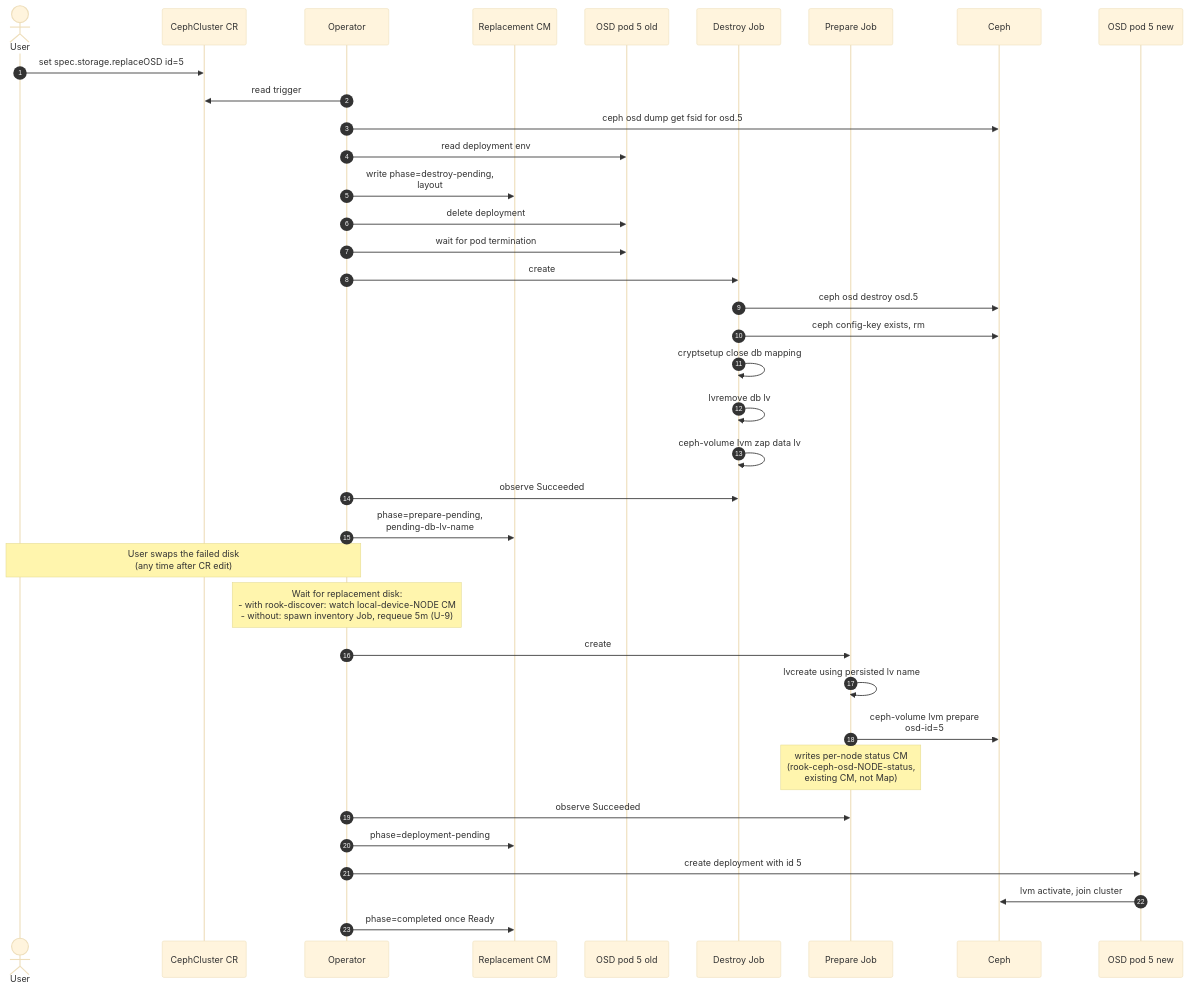
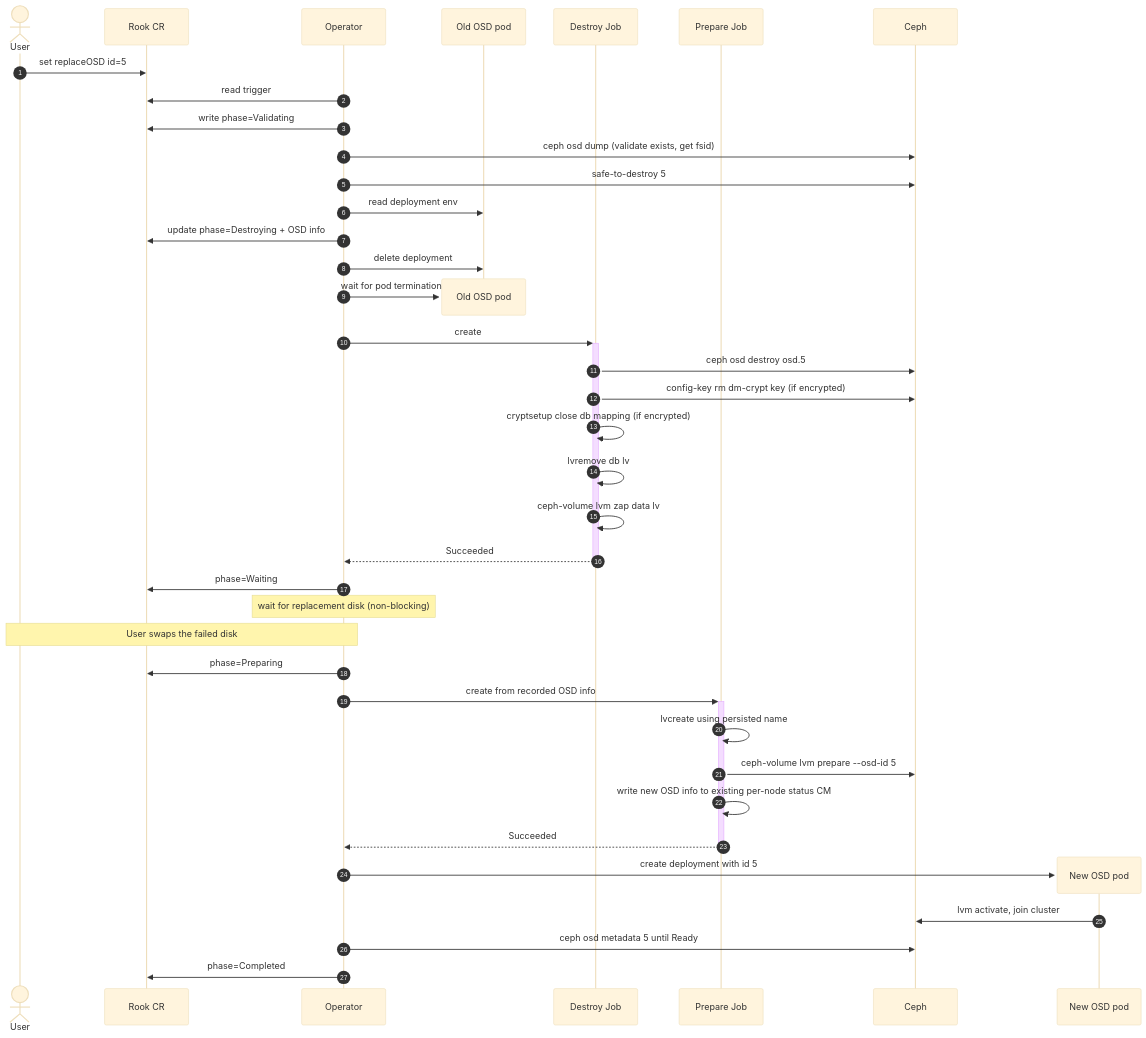
Before and after one commit to rook/rook: the diagram in osd-design.md, drawn with Mermaid (base theme). The commit also changed other lines of this file, not shown here.

Commit message:
docs: osd replacement CRD schema

````diff
--- a/osd-design.md
+++ b/osd-design.md
@@ -77,40 +70,43 @@
 ```mermaid
 sequenceDiagram
     autonumber
     actor User
-    participant CR as CephCluster CR
+    participant CR as Rook CR
     participant Op as Operator
-    participant Map as Replacement CM
-    participant OldPod as OSD pod 5 old
+    participant OldPod as Old OSD pod
     participant DJ as Destroy Job
     participant PJ as Prepare Job
     participant Ceph as Ceph
-    participant NewPod as OSD pod 5 new
 
-    User->>CR: set spec.storage.replaceOSD id=5
+    User->>CR: set replaceOSD id=5
     Op->>CR: read trigger
-    Op->>Ceph: ceph osd dump get fsid for osd.5
+    Op->>CR: write phase=Validating
+    Op->>Ceph: ceph osd dump (validate exists, get fsid)
+    Op->>Ceph: safe-to-destroy 5
     Op->>OldPod: read deployment env
-    Op->>Map: write phase=destroy-pending,<br/>layout
+    Op->>CR: update phase=Destroying + OSD info
     Op->>OldPod: delete deployment
+    destroy OldPod
     Op->>OldPod: wait for pod termination
-    Op->>DJ: create
+    Op->>+DJ: create
     DJ->>Ceph: ceph osd destroy osd.5
-    DJ->>Ceph: ceph config-key exists, rm
-    DJ->>DJ: cryptsetup close db mapping
+    DJ->>Ceph: config-key rm dm-crypt key (if encrypted)
+    DJ->>DJ: cryptsetup close db mapping (if encrypted)
     DJ->>DJ: lvremove db lv
     DJ->>DJ: ceph-volume lvm zap data lv
-    Op->>DJ: observe Succeeded
-    Op->>Map: phase=prepare-pending,<br/>pending-db-lv-name
-    Note over User,Op: User swaps the failed disk<br/>(any time after CR edit)
-    Note over Op: Wait for replacement disk:<br/>- with rook-discover: watch local-device-NODE CM<br/>- without: spawn inventory Job, requeue 5m (U-9)
-    Op->>PJ: create
-    PJ->>PJ: lvcreate using persisted lv name
-    PJ->>Ceph: ceph-volume lvm prepare<br/>osd-id=5
-    Note over PJ: writes per-node status CM<br/>(rook-ceph-osd-NODE-status,<br/>existing CM, not Map)
-    Op->>PJ: observe Succeeded
-    Op->>Map: phase=deployment-pending
+    DJ-->>-Op: Succeeded
+    Op->>CR: phase=Waiting
+    Note over Op: wait for replacement disk (non-blocking)
+    Note over User,Op: User swaps the failed disk
+    Op->>CR: phase=Preparing
+    Op->>+PJ: create from recorded OSD info
+    PJ->>PJ: lvcreate using persisted name
+    PJ->>Ceph: ceph-volume lvm prepare --osd-id 5
+    PJ->>PJ: write new OSD info to existing per-node status CM
+    PJ-->>-Op: Succeeded
+    create participant NewPod as New OSD pod
     Op->>NewPod: create deployment with id 5
     NewPod->>Ceph: lvm activate, join cluster
-    Op->>Map: phase=completed once Ready
+    Op->>Ceph: ceph osd metadata 5 until Ready
+    Op->>CR: phase=Completed
 ```
````
